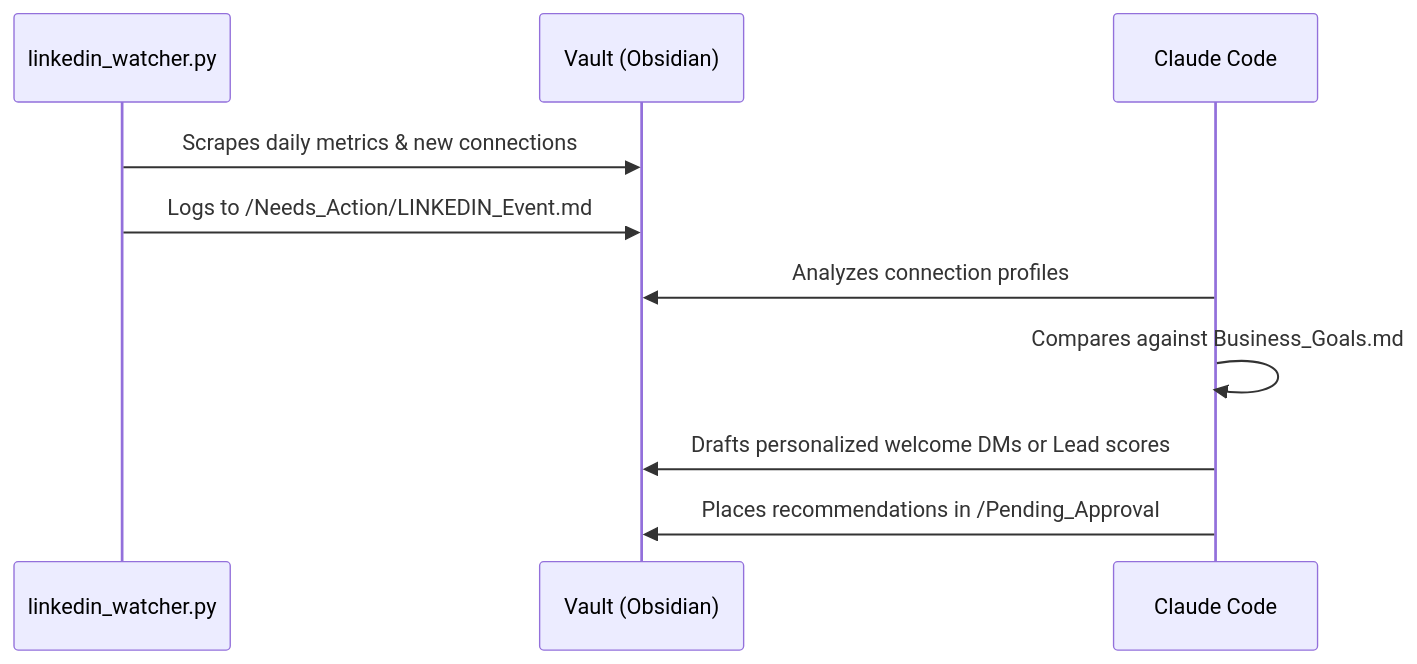
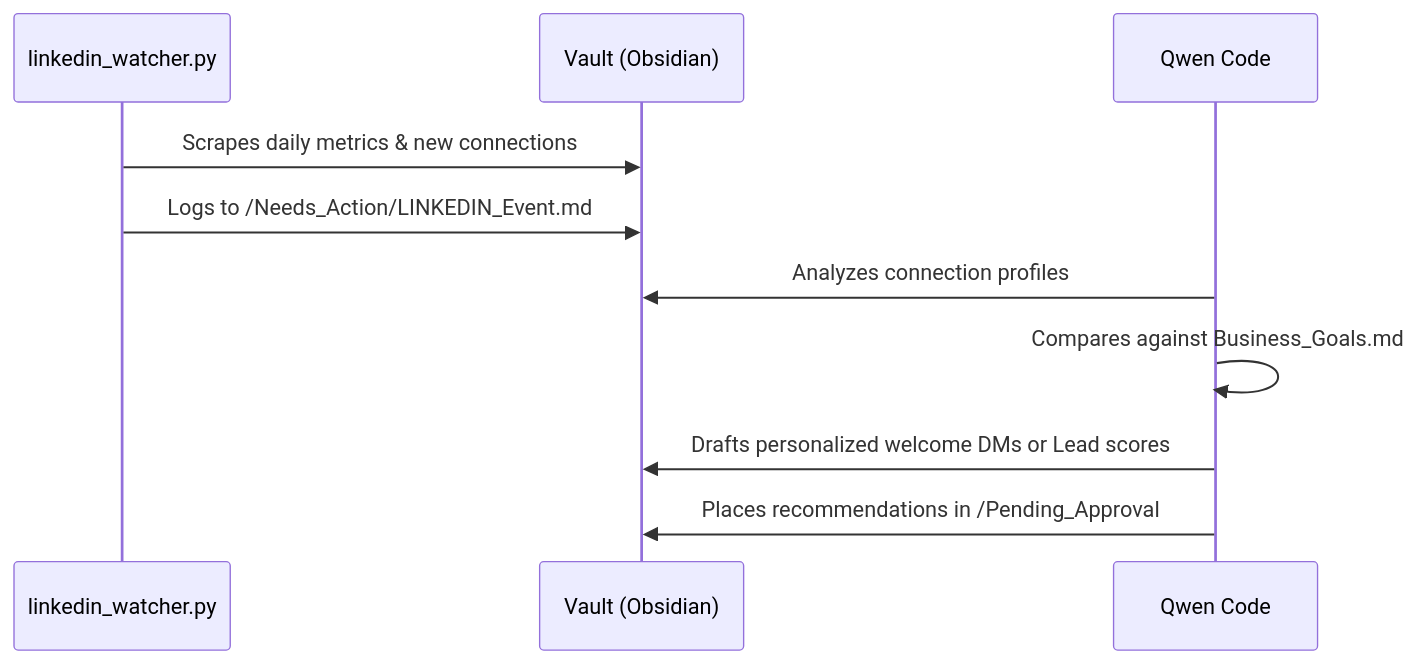
Before and after one commit to AbdulSamad94/Personal-AI-Employee: the third of 4 diagrams in README.md, drawn with Mermaid. The commit also changed other lines of this file and 19 other files, not shown here.

````diff
--- a/README.md
+++ b/README.md
@@ -168,13 +168,13 @@
 ```mermaid
 sequenceDiagram
     participant LW as linkedin_watcher.py
     participant V as Vault (Obsidian)
-    participant C as Claude Code
+    participant Q as Qwen Code
     
     LW->>V: Scrapes daily metrics & new connections
     LW->>V: Logs to /Needs_Action/LINKEDIN_Event.md
-    C->>V: Analyzes connection profiles
-    C->>C: Compares against Business_Goals.md
-    C->>V: Drafts personalized welcome DMs or Lead scores
-    C->>V: Places recommendations in /Pending_Approval
+    Q->>V: Analyzes connection profiles
+    Q->>Q: Compares against Business_Goals.md
+    Q->>V: Drafts personalized welcome DMs or Lead scores
+    Q->>V: Places recommendations in /Pending_Approval
 ```
````
